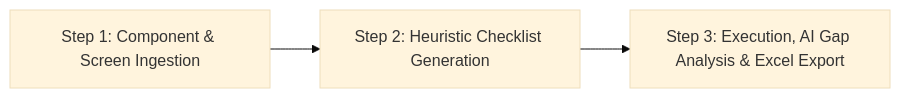
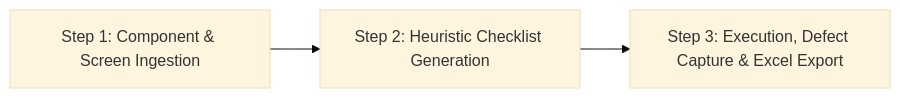
Before and after one commit to Hidebray/Homework-week03-SoftwareTesting: the diagram in skills/gui-checklist-tester/SKILL.md, drawn with Mermaid (base theme). The commit also changed other lines of this file, not shown here.

Commit message:
fix(skills): refine gui-checklist-tester skill flow to focus purely on ingestion, checklist generation, execution and excel export

````diff
--- a/skills/gui-checklist-tester/SKILL.md
+++ b/skills/gui-checklist-tester/SKILL.md
@@ -47,5 +47,5 @@
 ```mermaid
 flowchart LR
     Phase1["Step 1: Component & Screen Ingestion"] --> Phase2["Step 2: Heuristic Checklist Generation"]
-    Phase2 --> Phase3["Step 3: Execution, AI Gap Analysis & Excel Export"]
+    Phase2 --> Phase3["Step 3: Execution, Defect Capture & Excel Export"]
 ```
````
